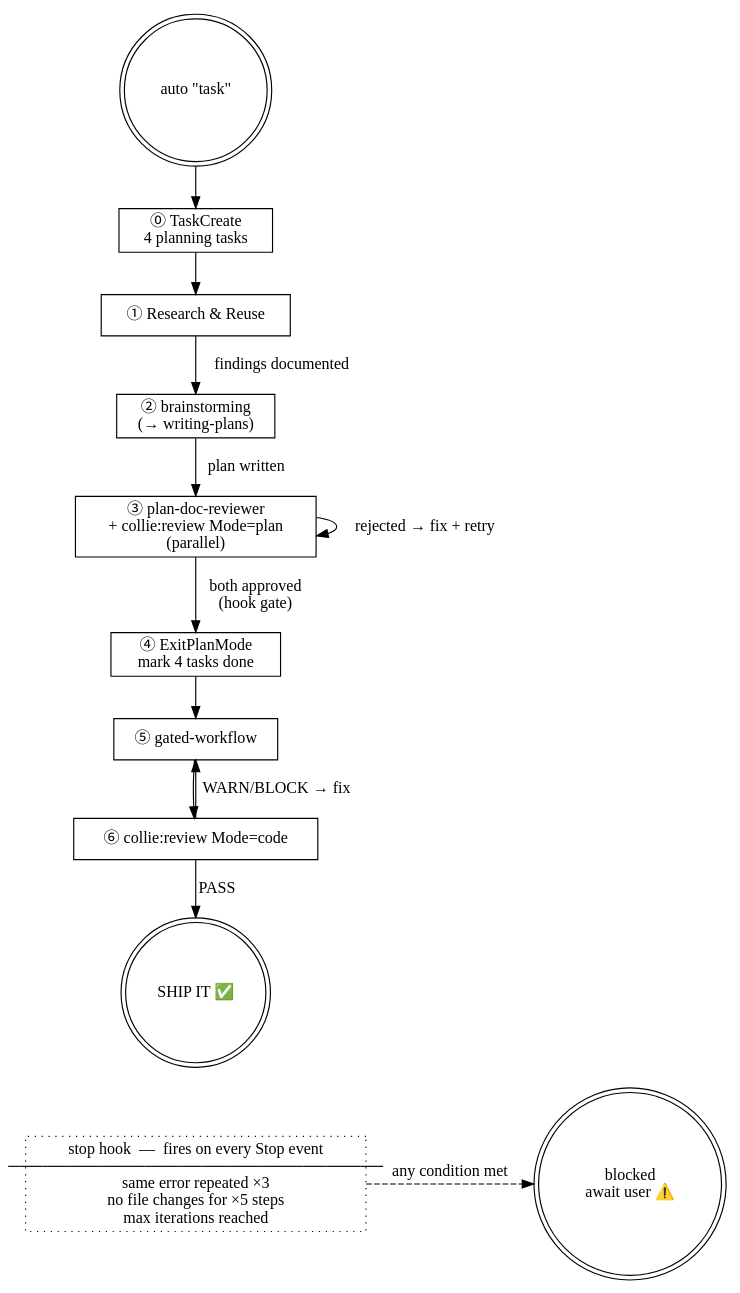
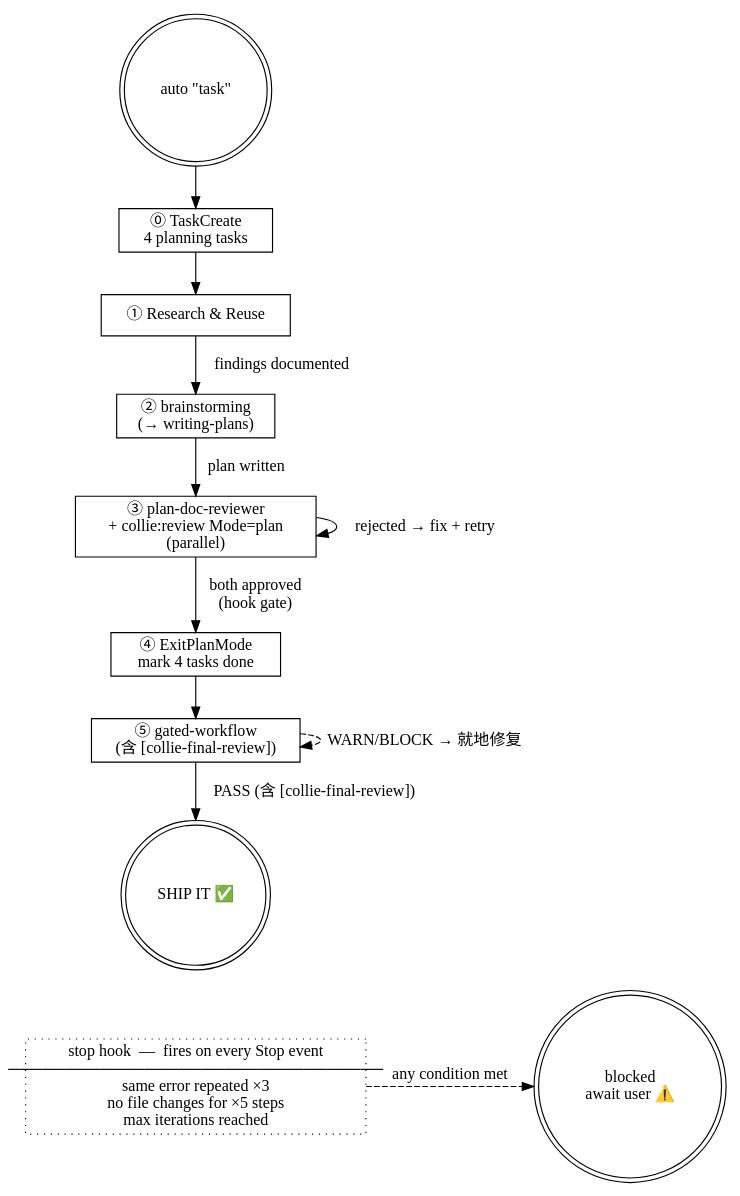
The diagram in commands/auto.md (lkv1988/collie-harness), drawn with Graphviz before and after one commit. The commit also changed other lines of this file and 1 other file, not shown here.

````diff
--- a/commands/auto.md
+++ b/commands/auto.md
@@ -46,33 +52,31 @@
 ```dot
 digraph collie_auto {
     START [shape=doublecircle, label="auto \"task\""];
     SHIP  [shape=doublecircle, label="SHIP IT ✅"];
     ESC   [shape=doublecircle, label="blocked\nawait user ⚠️"];
 
     TASK   [shape=box, label="⓪ TaskCreate\n4 planning tasks"];
     RR     [shape=box, label="① Research & Reuse"];
     BRAIN  [shape=box, label="② brainstorming\n(→ writing-plans)"];
     REVIEW [shape=box, label="③ plan-doc-reviewer\n+ collie:review Mode=plan\n(parallel)"];
     EXIT   [shape=box, label="④ ExitPlanMode\nmark 4 tasks done"];
-    IMPL   [shape=box, label="⑤ gated-workflow"];
-    CR     [shape=box, label="⑥ collie:review Mode=code"];
+    IMPL   [shape=box, label="⑤ gated-workflow\n(含 [collie-final-review])"];
 
     MONITOR [shape=box, style=dotted,
              label="stop hook  —  fires on every Stop event\n─────────────────────────────────\nsame error repeated ×3\nno file changes for ×5 steps\nmax iterations reached"];
 
     START  -> TASK;
     TASK   -> RR;
     RR     -> BRAIN  [label="findings documented"];
     BRAIN  -> REVIEW [label="plan written"];
     REVIEW -> EXIT   [label="both approved\n(hook gate)"];
     REVIEW -> REVIEW [label="rejected → fix + retry"];
     EXIT   -> IMPL;
-    IMPL   -> CR;
-    CR     -> SHIP   [label="PASS"];
-    CR     -> IMPL   [label="WARN/BLOCK → fix"];
+    IMPL   -> SHIP   [label="PASS (含 [collie-final-review])"];
+    IMPL   -> IMPL   [label="WARN/BLOCK → 就地修复", style=dashed];
 
     MONITOR -> ESC [label="any condition met", style=dashed];
 
     { rank=sink; MONITOR; ESC; }
 }
 ```
````
